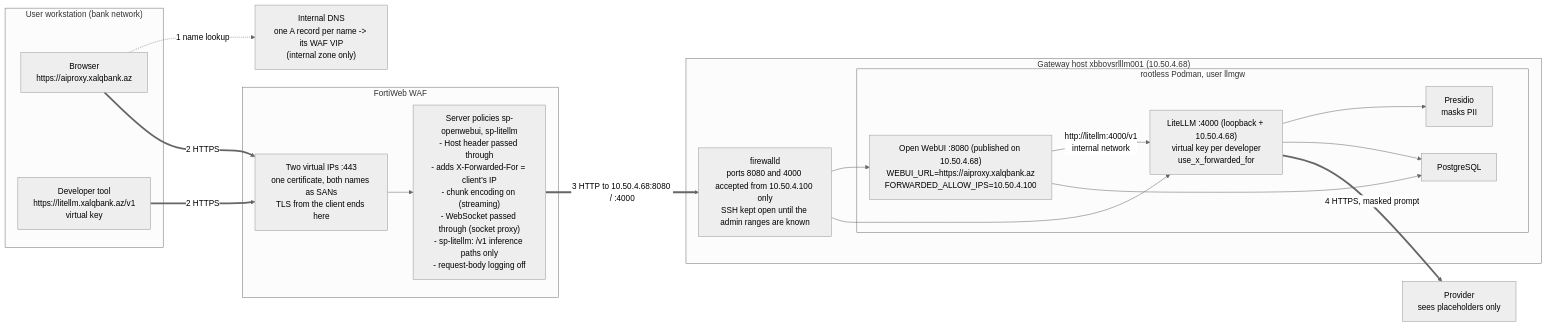
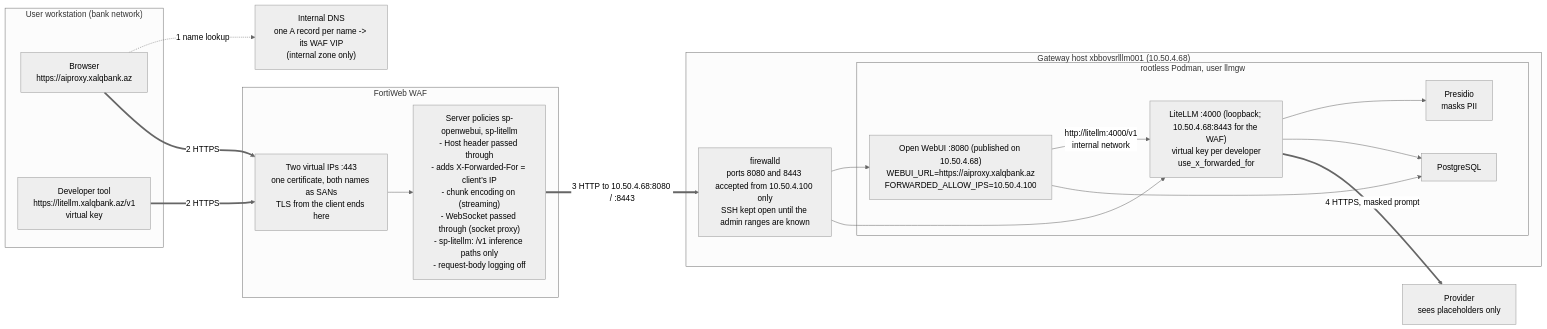
Before and after one commit to nafud/litellm: the diagram in docs/08-exposure.md, drawn with Mermaid (neutral theme). The commit also changed other lines of this file and 4 other files, not shown here.

First line of the commit message:
LiteLLM WAF leg on host port 8443: the path from the WAF passes 443, 8080 and 8443 only

````diff
--- a/docs/08-exposure.md
+++ b/docs/08-exposure.md
@@ -17,34 +17,34 @@
 ```mermaid
 flowchart LR
   subgraph user["User workstation (bank network)"]
     browser["Browser<br/>https://aiproxy.xalqbank.az"]
     dev["Developer tool<br/>https://litellm.xalqbank.az/v1<br/>virtual key"]
   end
   dns["Internal DNS<br/>one A record per name -> its WAF VIP<br/>(internal zone only)"]
   subgraph waf["FortiWeb WAF"]
     vip["Two virtual IPs :443<br/>one certificate, both names as SANs<br/>TLS from the client ends here"]
     rules["Server policies sp-openwebui, sp-litellm<br/>- Host header passed through<br/>- adds X-Forwarded-For = client's IP<br/>- chunk encoding on (streaming)<br/>- WebSocket passed through (socket proxy)<br/>- sp-litellm: /v1 inference paths only<br/>- request-body logging off"]
     vip --> rules
   end
   subgraph host["Gateway host xbbovsrlllm001 (10.50.4.68)"]
-    fw["firewalld<br/>ports 8080 and 4000 accepted from 10.50.4.100 only<br/>SSH kept open until the admin ranges are known"]
+    fw["firewalld<br/>ports 8080 and 8443 accepted from 10.50.4.100 only<br/>SSH kept open until the admin ranges are known"]
     subgraph podman["rootless Podman, user llmgw"]
       owui["Open WebUI :8080 (published on 10.50.4.68)<br/>WEBUI_URL=https://aiproxy.xalqbank.az<br/>FORWARDED_ALLOW_IPS=10.50.4.100"]
-      litellm["LiteLLM :4000 (loopback + 10.50.4.68)<br/>virtual key per developer<br/>use_x_forwarded_for"]
+      litellm["LiteLLM :4000 (loopback; 10.50.4.68:8443 for the WAF)<br/>virtual key per developer<br/>use_x_forwarded_for"]
       presidio["Presidio<br/>masks PII"]
       pg["PostgreSQL"]
       owui -- "http://litellm:4000/v1<br/>internal network" --> litellm
       litellm --> presidio
       litellm --> pg
       owui --> pg
     end
     fw --> owui
     fw --> litellm
   end
   provider["Provider<br/>sees placeholders only"]
   browser -. "1 name lookup" .-> dns
   browser == "2 HTTPS" ==> vip
   dev == "2 HTTPS" ==> vip
-  rules == "3 HTTP to 10.50.4.68:8080 / :4000" ==> fw
+  rules == "3 HTTP to 10.50.4.68:8080 / :8443" ==> fw
   litellm == "4 HTTPS, masked prompt" ==> provider
 ```
````
